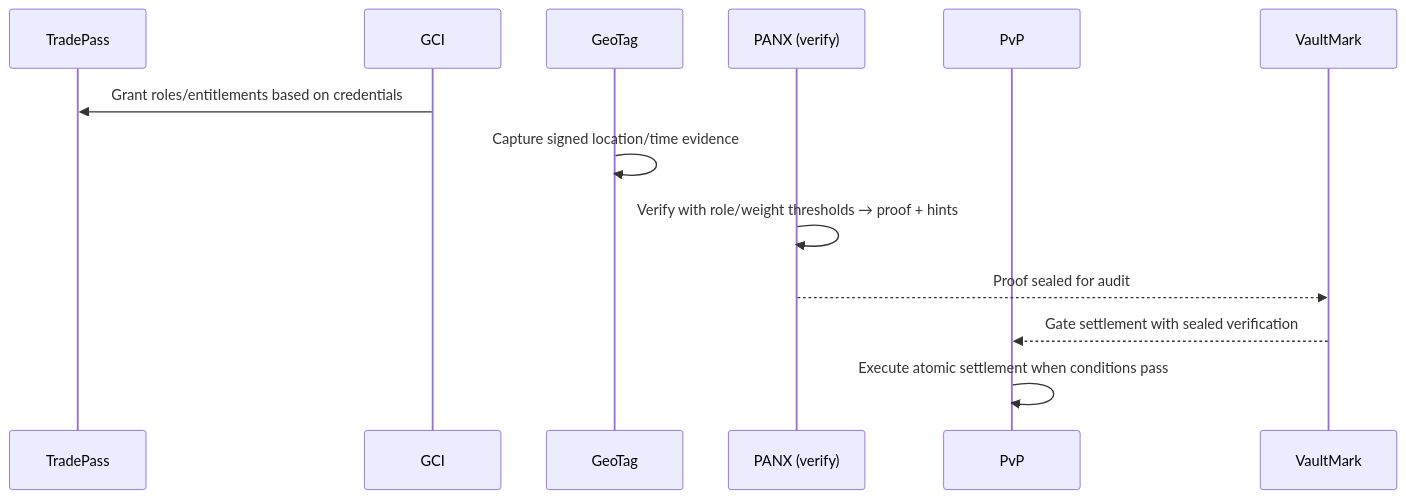
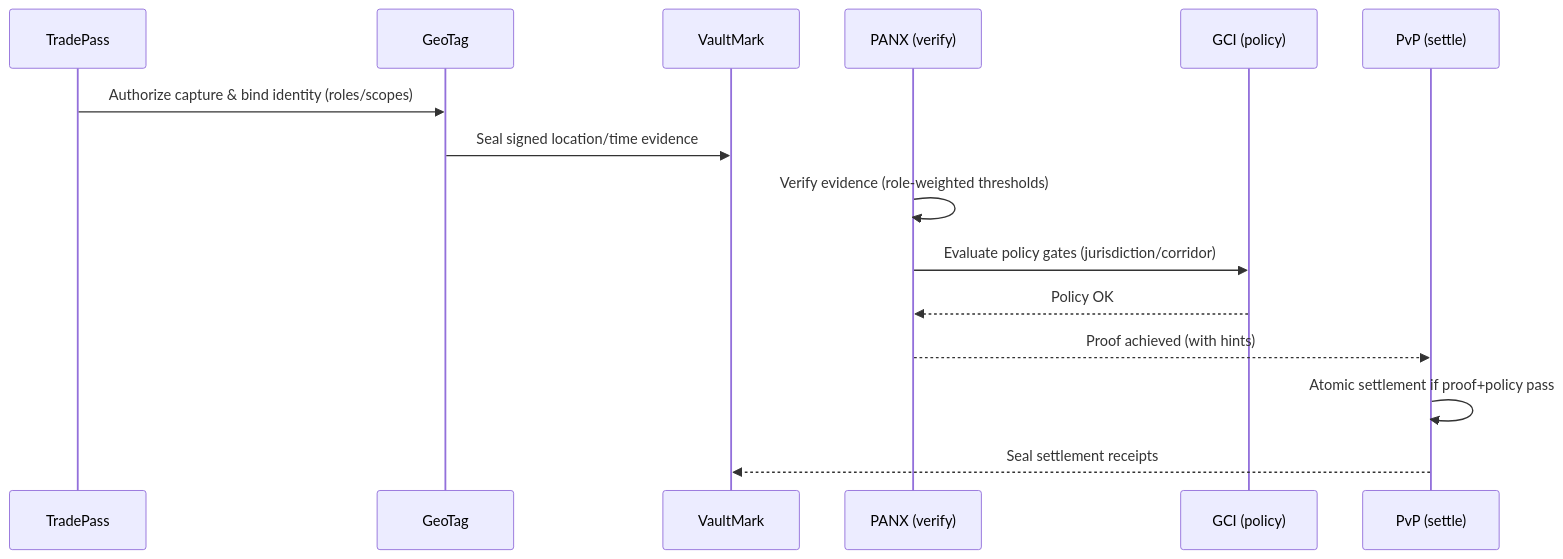
The fifth of 5 diagrams in profile/README.md (gtcx-protocol/.github), drawn with Mermaid before and after one commit. The commit also changed other lines of this file, not shown here.

````diff
--- a/profile/README.md
+++ b/profile/README.md
@@ -127,15 +188,18 @@
 ```mermaid
 sequenceDiagram
   participant TP as TradePass
-  participant GCI as GCI
   participant GT as GeoTag
+  participant VM as VaultMark
   participant PANX as PANX (verify)
-  participant PVP as PvP
-  participant VM as VaultMark
-  GCI->>TP: Grant roles/entitlements based on credentials
-  GT->>GT: Capture signed location/time evidence
-  PANX->>PANX: Verify with role/weight thresholds → proof + hints
-  PANX-->>VM: Proof sealed for audit
-  VM-->>PVP: Gate settlement with sealed verification
-  PVP->>PVP: Execute atomic settlement when conditions pass
+  participant GCI as GCI (policy)
+  participant PVP as PvP (settle)
+
+  TP->>GT: Authorize capture & bind identity (roles/scopes)
+  GT->>VM: Seal signed location/time evidence
+  PANX->>PANX: Verify evidence (role‑weighted thresholds)
+  PANX->>GCI: Evaluate policy gates (jurisdiction/corridor)
+  GCI-->>PANX: Policy OK
+  PANX-->>PVP: Proof achieved (with hints)
+  PVP->>PVP: Atomic settlement if proof+policy pass
+  PVP-->>VM: Seal settlement receipts
 ```
````
